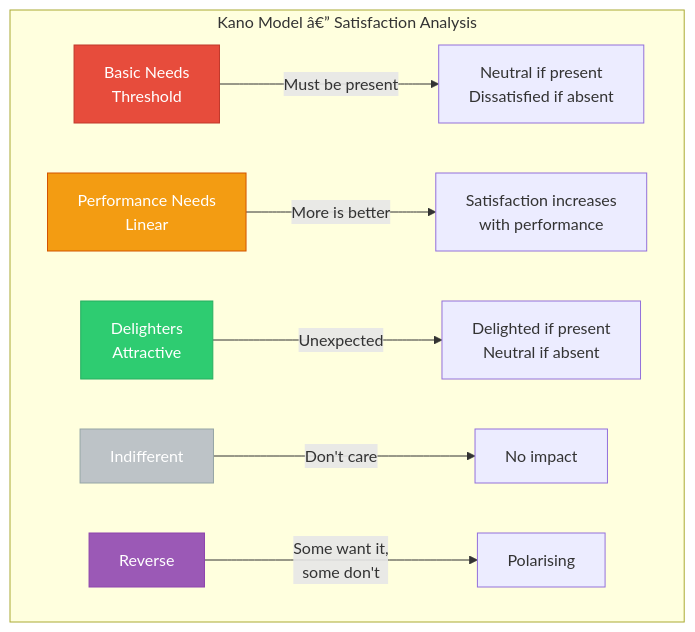
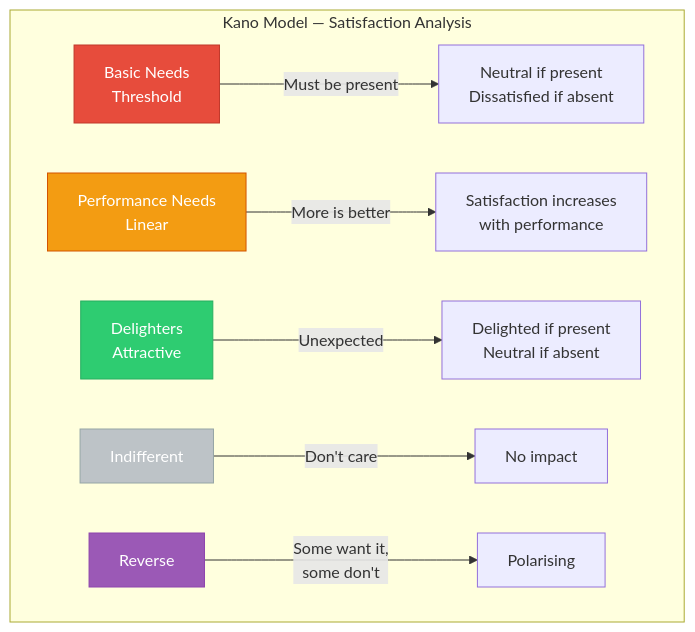
Before and after one commit to Raushan666java/ai-engineering-journey: the third of 6 diagrams in docs/courses/software-engineering/02-requirements.md, drawn with Mermaid. The commit also changed other lines of this file and 965 other files, not shown here.

````diff
--- a/docs/courses/software-engineering/02-requirements.md
+++ b/docs/courses/software-engineering/02-requirements.md
@@ -209,22 +209,22 @@
 ```mermaid
 graph TD
-    subgraph "Kano Model â€” Satisfaction Analysis"
+    subgraph "Kano Model — Satisfaction Analysis"
         direction LR
         A[Basic Needs<br/>Threshold] -->|Must be present| S1[Neutral if present<br/>Dissatisfied if absent]
         B[Performance Needs<br/>Linear] -->|More is better| S2[Satisfaction increases<br/>with performance]
         C[Delighters<br/>Attractive] -->|Unexpected| S3[Delighted if present<br/>Neutral if absent]
         D[Indifferent] -->|Don't care| S4[No impact]
         E[Reverse] -->|Some want it,<br/>some don't| S5[Polarising]
     end
 
     classDef basic fill:#e74c3c,stroke:#c0392b,color:#fff
     classDef perf fill:#f39c12,stroke:#d35400,color:#fff
     classDef delight fill:#2ecc71,stroke:#27ae60,color:#fff
     classDef indiff fill:#bdc3c7,stroke:#95a5a6,color:#fff
     classDef reverse fill:#9b59b6,stroke:#8e44ad,color:#fff
     class A basic
     class B perf
     class C delight
     class D indiff
     class E reverse
 ```
````
